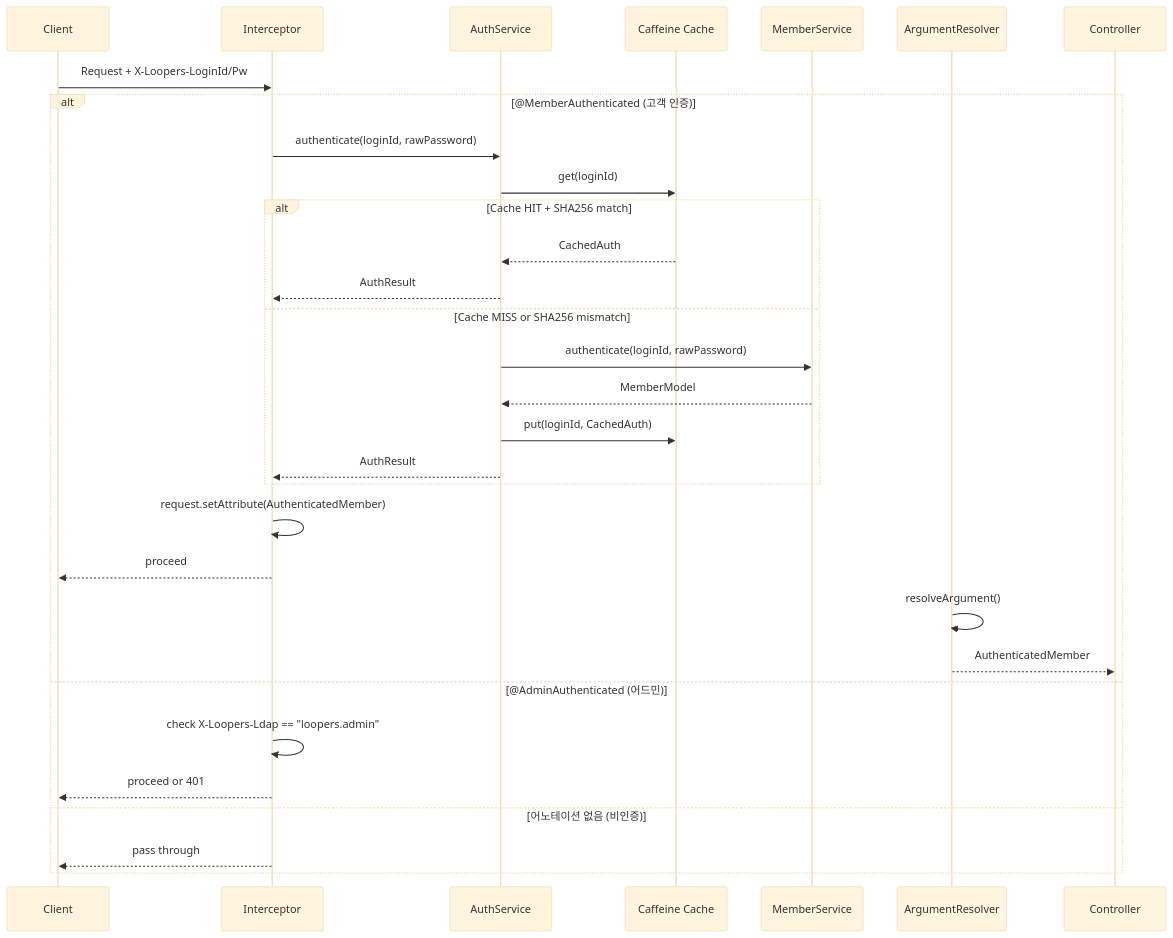
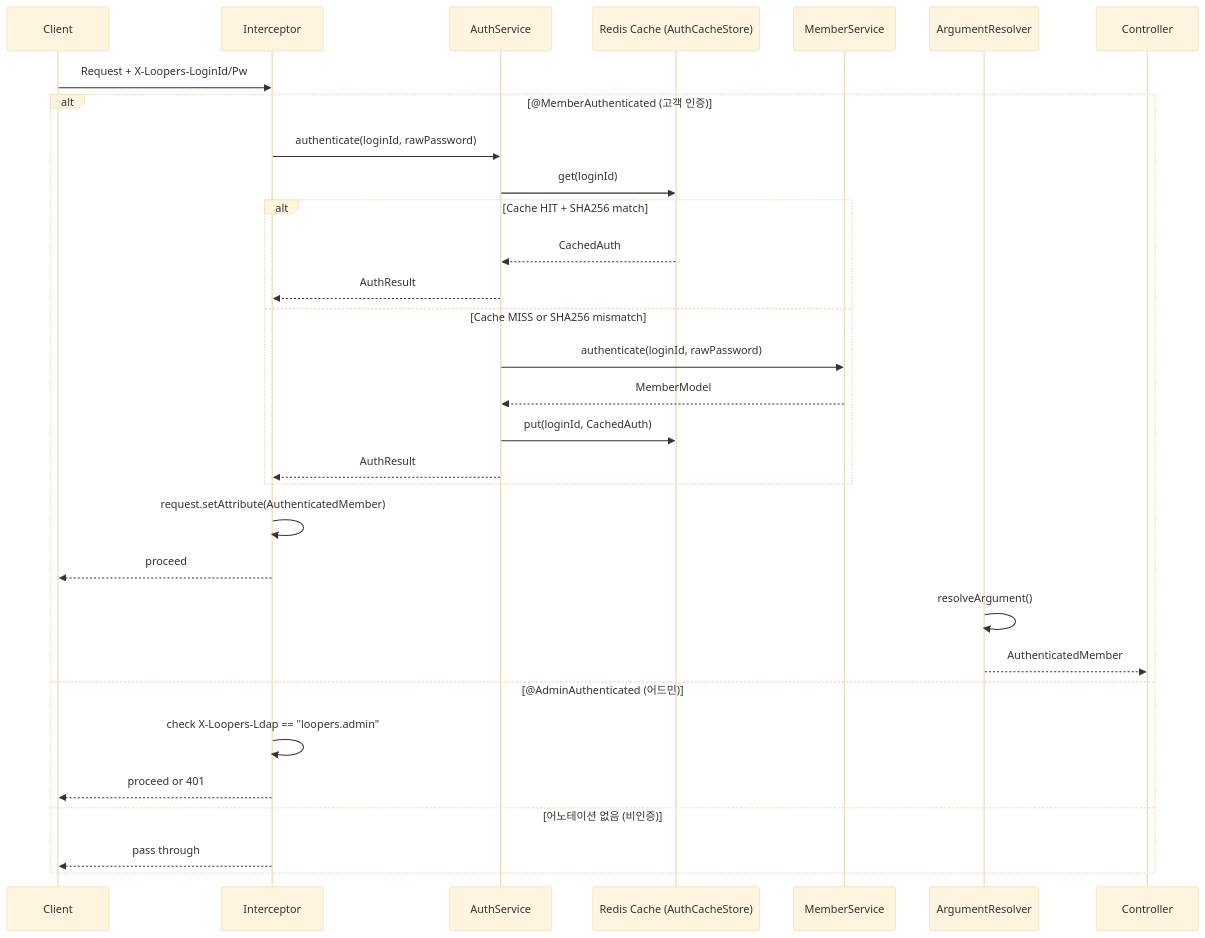
The fifth of 8 diagrams in docs/design/05-architecture.md (Loopers-dev-lab/loop-pack-be-l2-vol3-kotlin), drawn with Mermaid (base theme) before and after one commit. The commit also changed other lines of this file and 3 other files, not shown here.

First line of the commit message:
docs: 설계 문서 Caffeine → Redis 캐시 반영 (D41)

````diff
--- a/docs/design/05-architecture.md
+++ b/docs/design/05-architecture.md
@@ -408,36 +408,36 @@
 ```mermaid
 sequenceDiagram
     participant C as Client
     participant I as Interceptor
     participant AS as AuthService
-    participant Cache as Caffeine Cache
+    participant Cache as Redis Cache (AuthCacheStore)
     participant MS as MemberService
     participant AR as ArgumentResolver
     participant Ctrl as Controller
 
     C->>I: Request + X-Loopers-LoginId/Pw
 
     alt @MemberAuthenticated (고객 인증)
         I->>AS: authenticate(loginId, rawPassword)
         AS->>Cache: get(loginId)
         alt Cache HIT + SHA256 match
             Cache-->>AS: CachedAuth
             AS-->>I: AuthResult
         else Cache MISS or SHA256 mismatch
             AS->>MS: authenticate(loginId, rawPassword)
             MS-->>AS: MemberModel
             AS->>Cache: put(loginId, CachedAuth)
             AS-->>I: AuthResult
         end
         I->>I: request.setAttribute(AuthenticatedMember)
         I-->>C: proceed
 
         AR->>AR: resolveArgument()
         AR-->>Ctrl: AuthenticatedMember
     else @AdminAuthenticated (어드민)
         I->>I: check X-Loopers-Ldap == "loopers.admin"
         I-->>C: proceed or 401
     else 어노테이션 없음 (비인증)
         I-->>C: pass through
     end
 ```
````
